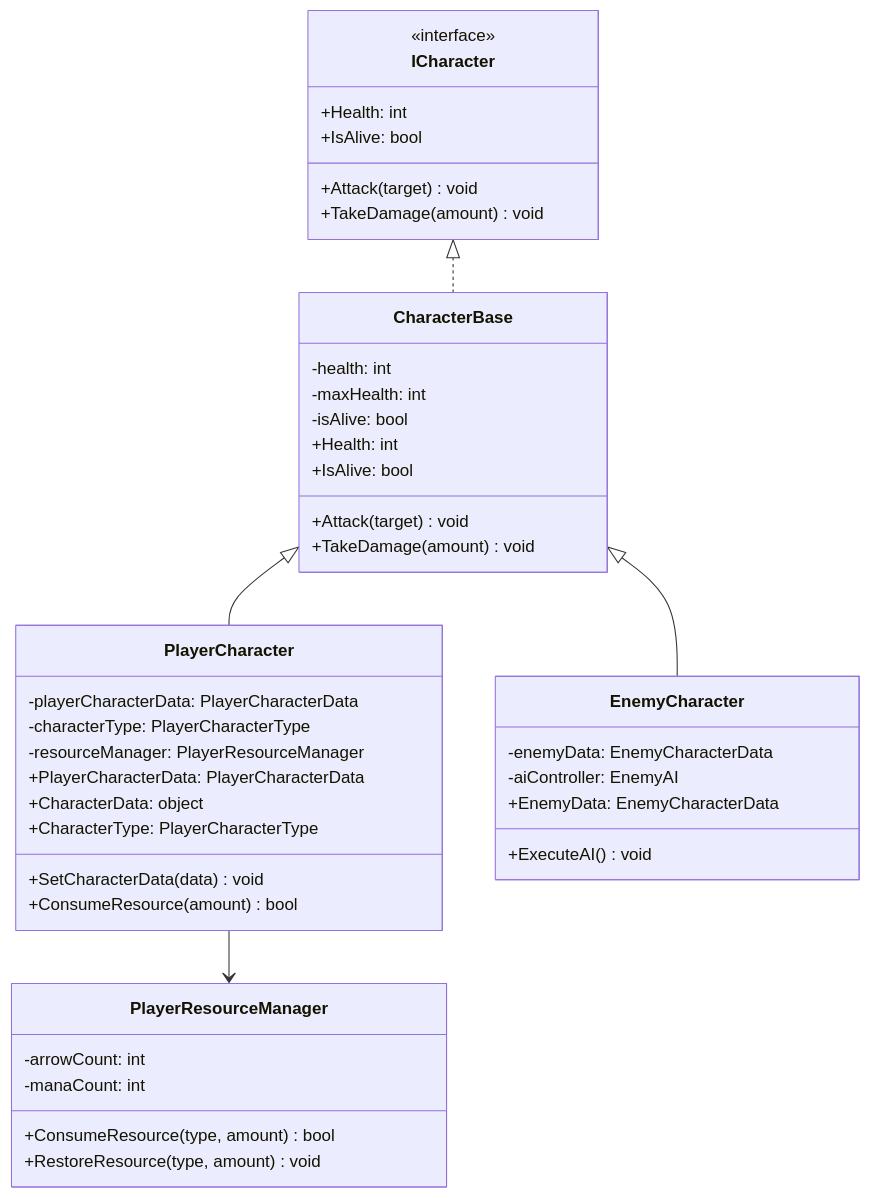
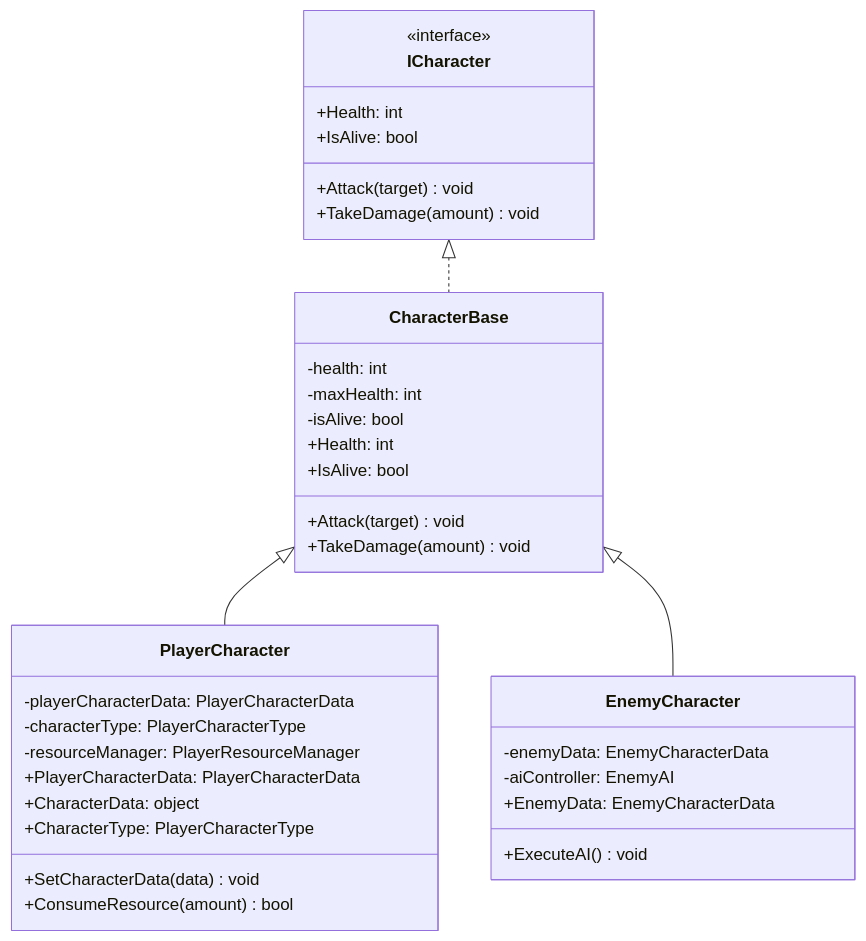
The second of 3 diagrams in Assets/Script/CharacterSystem/CharacterSystem_개발문서.md (rogue-school/RougeShool), drawn with Mermaid before and after one commit. The commit also changed other lines of this file and 10 other files, not shown here.

````diff
--- a/Assets/Script/CharacterSystem/CharacterSystem_개발문서.md
+++ b/Assets/Script/CharacterSystem/CharacterSystem_개발문서.md
@@ -532,50 +485,45 @@
 ```mermaid
 classDiagram
     class ICharacter {
         <<interface>>
         +Health: int
         +IsAlive: bool
         +Attack(target) void
         +TakeDamage(amount) void
     }
     
     class CharacterBase {
         -health: int
         -maxHealth: int
         -isAlive: bool
         +Health: int
         +IsAlive: bool
         +Attack(target) void
         +TakeDamage(amount) void
     }
     
     class PlayerCharacter {
         -playerCharacterData: PlayerCharacterData
         -characterType: PlayerCharacterType
         -resourceManager: PlayerResourceManager
         +PlayerCharacterData: PlayerCharacterData
         +CharacterData: object
         +SetCharacterData(data) void
         +CharacterType: PlayerCharacterType
         +ConsumeResource(amount) bool
     }
     
     class EnemyCharacter {
         -enemyData: EnemyCharacterData
         -aiController: EnemyAI
         +EnemyData: EnemyCharacterData
         +ExecuteAI() void
     }
     
-    class PlayerResourceManager {
-        -arrowCount: int
-        -manaCount: int
-        +ConsumeResource(type, amount) bool
-        +RestoreResource(type, amount) void
-    }
+    
     
     ICharacter <|.. CharacterBase
     CharacterBase <|-- PlayerCharacter
     CharacterBase <|-- EnemyCharacter
-    PlayerCharacter --> PlayerResourceManager
+    
 ```
````
